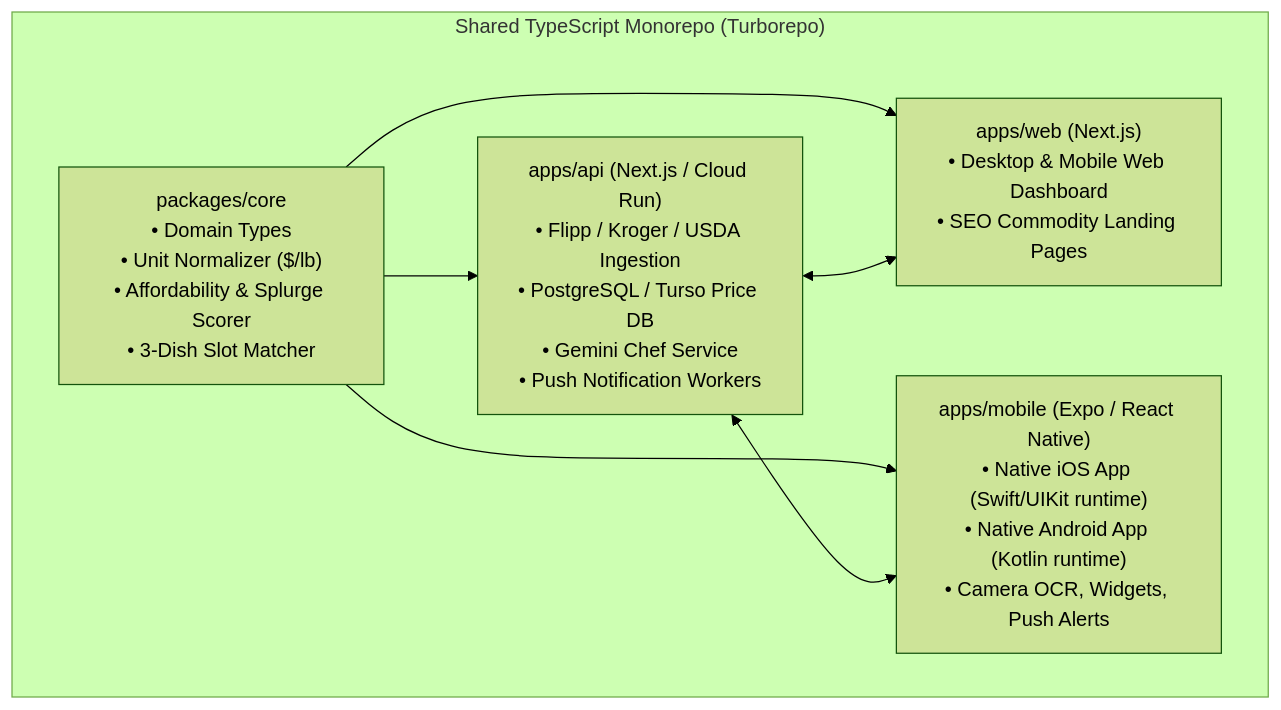
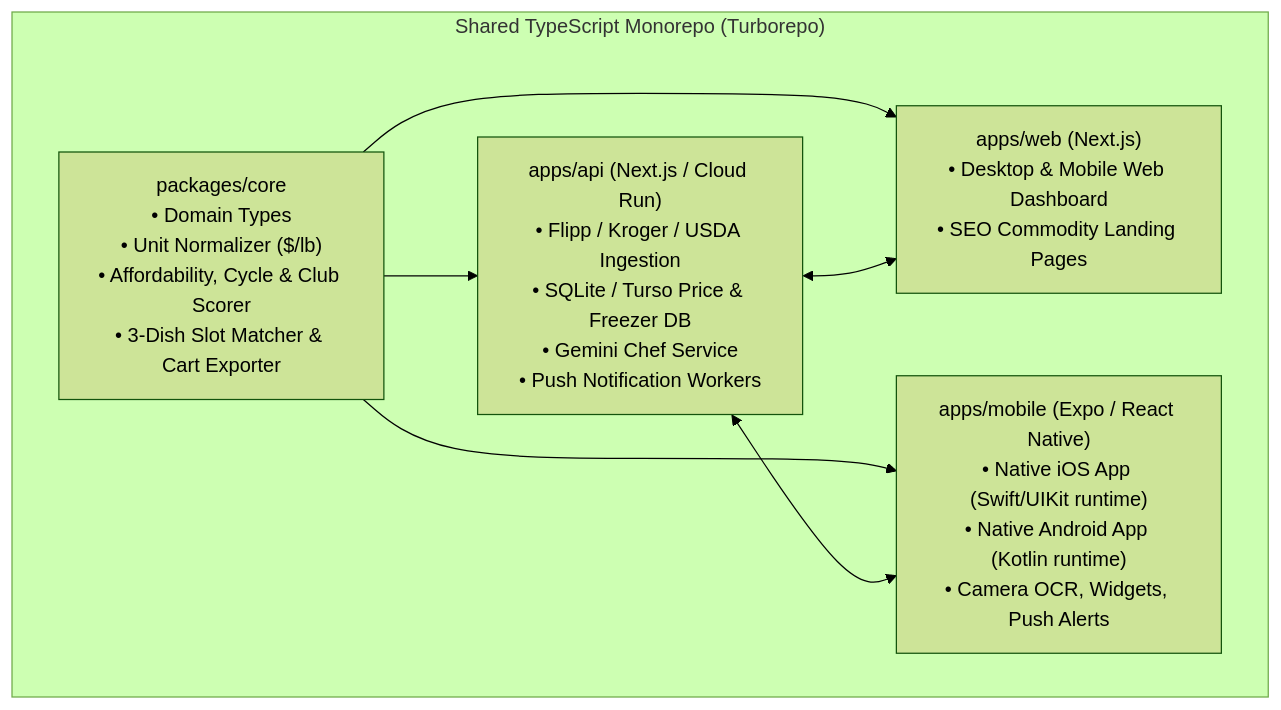
The second of 2 diagrams in docs/wiki/Long-Term-Mobile-and-Expansion-Roadmap.md (kchavez05/produce-price-tracker), drawn with Mermaid (forest theme) before and after one commit. The commit also changed other lines of this file and 6 other files, not shown here.

````diff
--- a/docs/wiki/Long-Term-Mobile-and-Expansion-Roadmap.md
+++ b/docs/wiki/Long-Term-Mobile-and-Expansion-Roadmap.md
@@ -47,15 +47,15 @@
 ```mermaid
 flowchart TD
     subgraph Monorepo["Shared TypeScript Monorepo (Turborepo)"]
-        Core["packages/core\n• Domain Types\n• Unit Normalizer ($/lb)\n• Affordability & Splurge Scorer\n• 3-Dish Slot Matcher"]
-        API["apps/api (Next.js / Cloud Run)\n• Flipp / Kroger / USDA Ingestion\n• PostgreSQL / Turso Price DB\n• Gemini Chef Service\n• Push Notification Workers"]
+        Core["packages/core\n• Domain Types\n• Unit Normalizer ($/lb)\n• Affordability, Cycle & Club Scorer\n• 3-Dish Slot Matcher & Cart Exporter"]
+        API["apps/api (Next.js / Cloud Run)\n• Flipp / Kroger / USDA Ingestion\n• SQLite / Turso Price & Freezer DB\n• Gemini Chef Service\n• Push Notification Workers"]
         Web["apps/web (Next.js)\n• Desktop & Mobile Web Dashboard\n• SEO Commodity Landing Pages"]
         Mobile["apps/mobile (Expo / React Native)\n• Native iOS App (Swift/UIKit runtime)\n• Native Android App (Kotlin runtime)\n• Camera OCR, Widgets, Push Alerts"]
     end
 
     Core --> API
     Core --> Web
     Core --> Mobile
     API <--> Web
     API <--> Mobile
 ```
````
